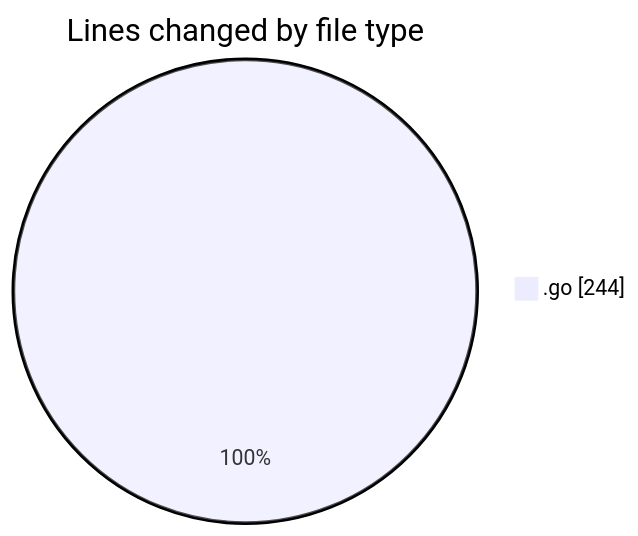
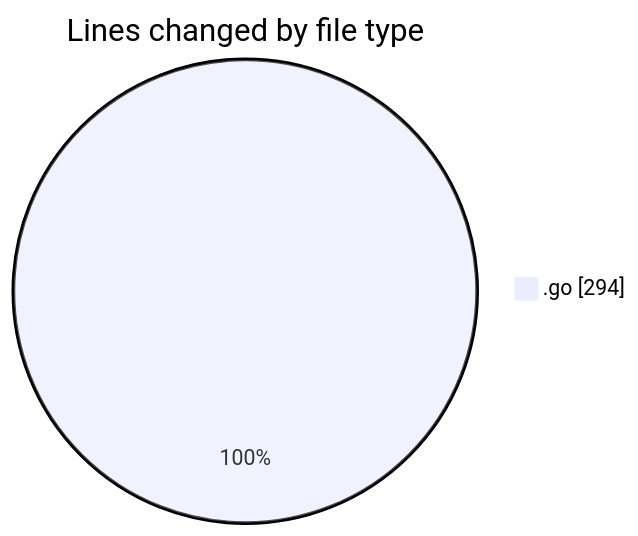
Before and after one commit to Ritupan-Deka/code-tracking: the first of 2 diagrams in 2025-11-25/backend/README.md, drawn with Mermaid. The commit also changed other lines of this file and 1 other file, not shown here.

````diff
--- a/2025-11-25/backend/README.md
+++ b/2025-11-25/backend/README.md
@@ -23,5 +23,5 @@
 ```mermaid
 pie showData
 title Lines changed by file type
-".go" : 244
+".go" : 294
 ```
````
